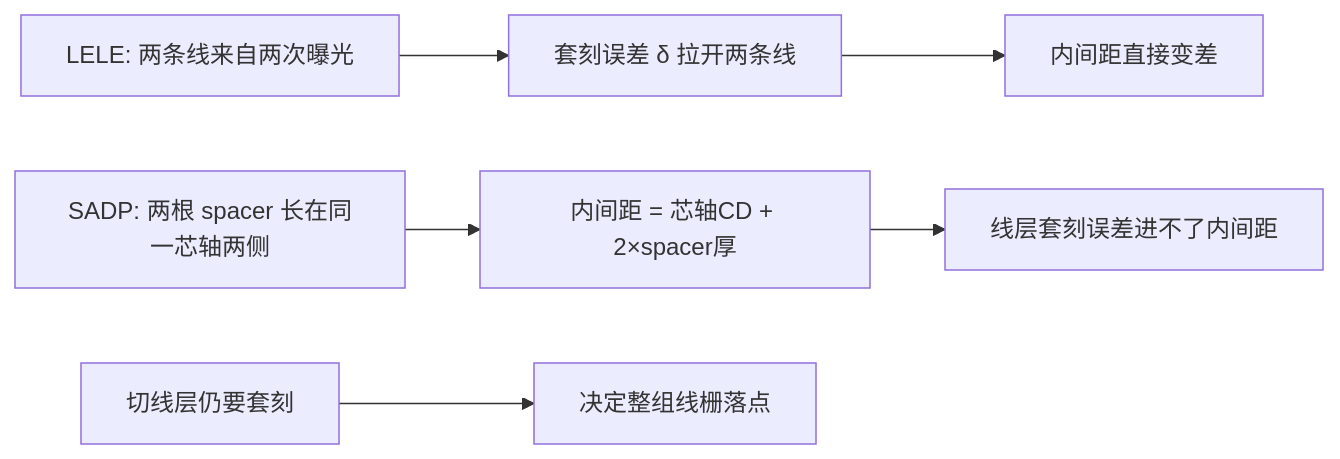
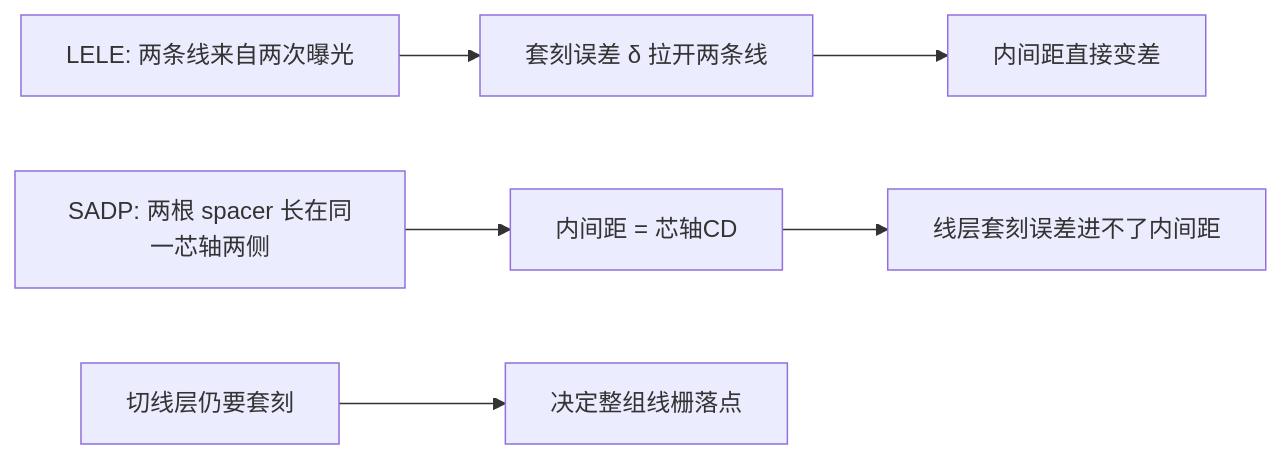
One commit to xhongduo-tech/xhongduo-tech.github.io changed the second of 2 diagrams in docs/litho/sadp-saqp.md. Above: the diagram before and after it, drawn with Mermaid. The commit also changed 2 other files, not shown here.

Commit message:
Content review litho-209: the SADP core space is the mandrel CD regardless of spacer thickness, the cut-mask cost ledger waits for the multipatterning-cost lesson, and walking is the alternating core-gap pitch error per the site's own definition.

````diff
--- a/docs/litho/sadp-saqp.md
+++ b/docs/litho/sadp-saqp.md
@@ -58,8 +58,8 @@
 ```mermaid
 flowchart LR
   LELE["LELE: 两条线来自两次曝光"] --> DELTA["套刻误差 δ 拉开两条线"]
   DELTA --> BADCD["内间距直接变差"]
-  SADP["SADP: 两根 spacer 长在同一芯轴两侧"] --> FIX["内间距 = 芯轴CD + 2×spacer厚"]
+  SADP["SADP: 两根 spacer 长在同一芯轴两侧"] --> FIX["内间距 = 芯轴CD"]
   FIX --> SAFE["线层套刻误差进不了内间距"]
   CUT["切线层仍要套刻"] --> GRID["决定整组线栅落点"]
 ```
````
